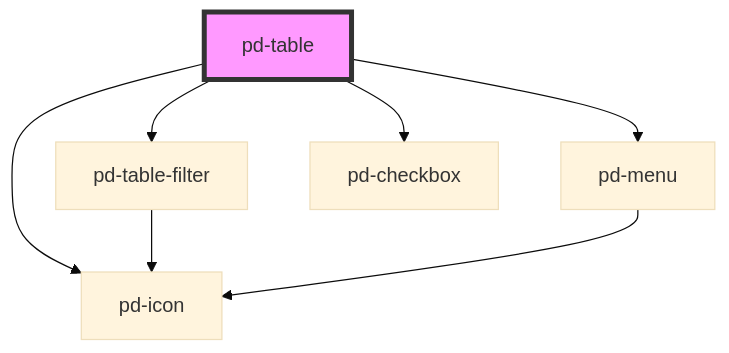
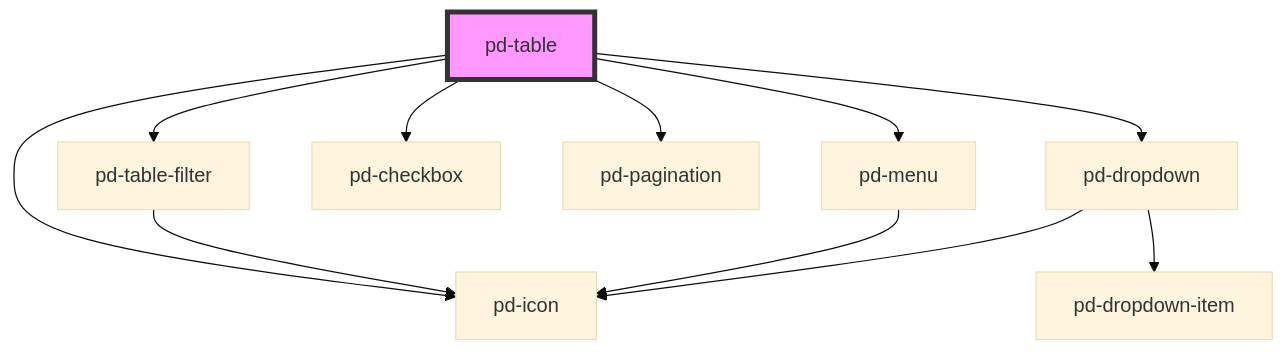
The diagram in src/components/pd-table/readme.md (Lambda-IT/parlamentsdienste-components), drawn with Mermaid (base theme) before and after one commit. The commit also changed other lines of this file and 3 other files, not shown here.

````diff
--- a/src/components/pd-table/readme.md
+++ b/src/components/pd-table/readme.md
@@ -238,10 +242,14 @@
 ```mermaid
 graph TD;
   pd-table --> pd-table-filter
   pd-table --> pd-menu
   pd-table --> pd-checkbox
   pd-table --> pd-icon
+  pd-table --> pd-pagination
+  pd-table --> pd-dropdown
   pd-table-filter --> pd-icon
   pd-menu --> pd-icon
+  pd-dropdown --> pd-icon
+  pd-dropdown --> pd-dropdown-item
   style pd-table fill:#f9f,stroke:#333,stroke-width:4px
 ```
````
